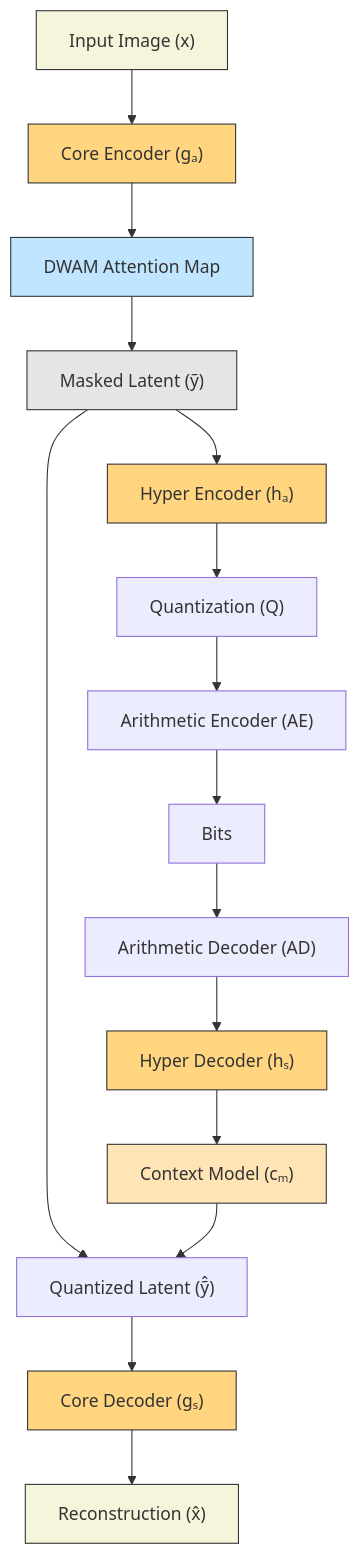
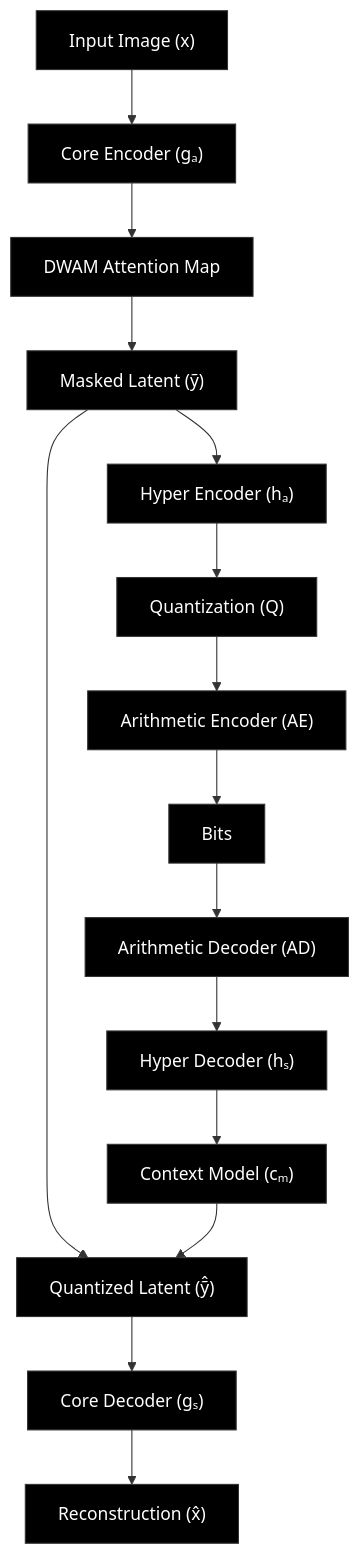
Before and after one commit to b-abhinay-mona/Asymmetric-Learned-Image-Compression: the diagram in README.md, drawn with Mermaid.

````diff
--- a/README.md
+++ b/README.md
@@ -72,27 +72,33 @@
 ```mermaid
 graph TD
     A["Input Image (x)"] --> B["Core Encoder (gₐ)"]
     B --> C["DWAM Attention Map"]
     C --> D["Masked Latent (ỹ)"]
     D --> E["Hyper Encoder (hₐ)"]
     E --> F["Quantization (Q)"]
     F --> G["Arithmetic Encoder (AE)"]
     G --> H["Bits"]
     H --> I["Arithmetic Decoder (AD)"]
     I --> J["Hyper Decoder (hₛ)"]
     J --> K["Context Model (cₘ)"]
     D --> L["Quantized Latent (ỹ̂)"]
     K --> L
     L --> M["Core Decoder (gₛ)"]
     M --> N["Reconstruction (x̂)"]
 
-    style A fill:#f5f5dc,stroke:#333,stroke-width:1px
-    style B fill:#ffd580,stroke:#333,stroke-width:1px
-    style C fill:#c0e6ff,stroke:#333,stroke-width:1px
-    style D fill:#e5e5e5,stroke:#333,stroke-width:1px
-    style E fill:#ffd580,stroke:#333,stroke-width:1px
-    style J fill:#ffd580,stroke:#333,stroke-width:1px
-    style K fill:#ffe4b5,stroke:#333,stroke-width:1px
-    style M fill:#ffd580,stroke:#333,stroke-width:1px
-    style N fill:#f5f5dc,stroke:#333,stroke-width:1px
+    %% Apply black background and white text to all nodes
+    style A fill:#000000,stroke:#333,stroke-width:1px,color:#ffffff
+    style B fill:#000000,stroke:#333,stroke-width:1px,color:#ffffff
+    style C fill:#000000,stroke:#333,stroke-width:1px,color:#ffffff
+    style D fill:#000000,stroke:#333,stroke-width:1px,color:#ffffff
+    style E fill:#000000,stroke:#333,stroke-width:1px,color:#ffffff
+    style F fill:#000000,stroke:#333,stroke-width:1px,color:#ffffff
+    style G fill:#000000,stroke:#333,stroke-width:1px,color:#ffffff
+    style H fill:#000000,stroke:#333,stroke-width:1px,color:#ffffff
+    style I fill:#000000,stroke:#333,stroke-width:1px,color:#ffffff
+    style J fill:#000000,stroke:#333,stroke-width:1px,color:#ffffff
+    style K fill:#000000,stroke:#333,stroke-width:1px,color:#ffffff
+    style L fill:#000000,stroke:#333,stroke-width:1px,color:#ffffff
+    style M fill:#000000,stroke:#333,stroke-width:1px,color:#ffffff
+    style N fill:#000000,stroke:#333,stroke-width:1px,color:#ffffff
 ```
````
